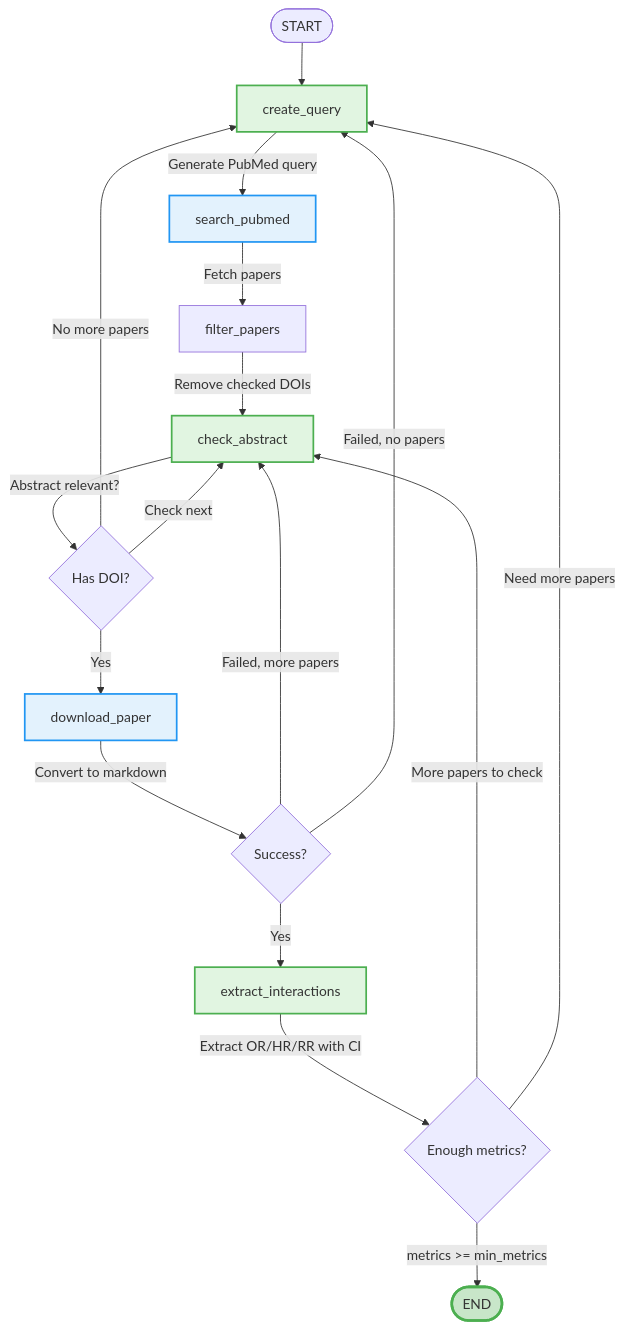
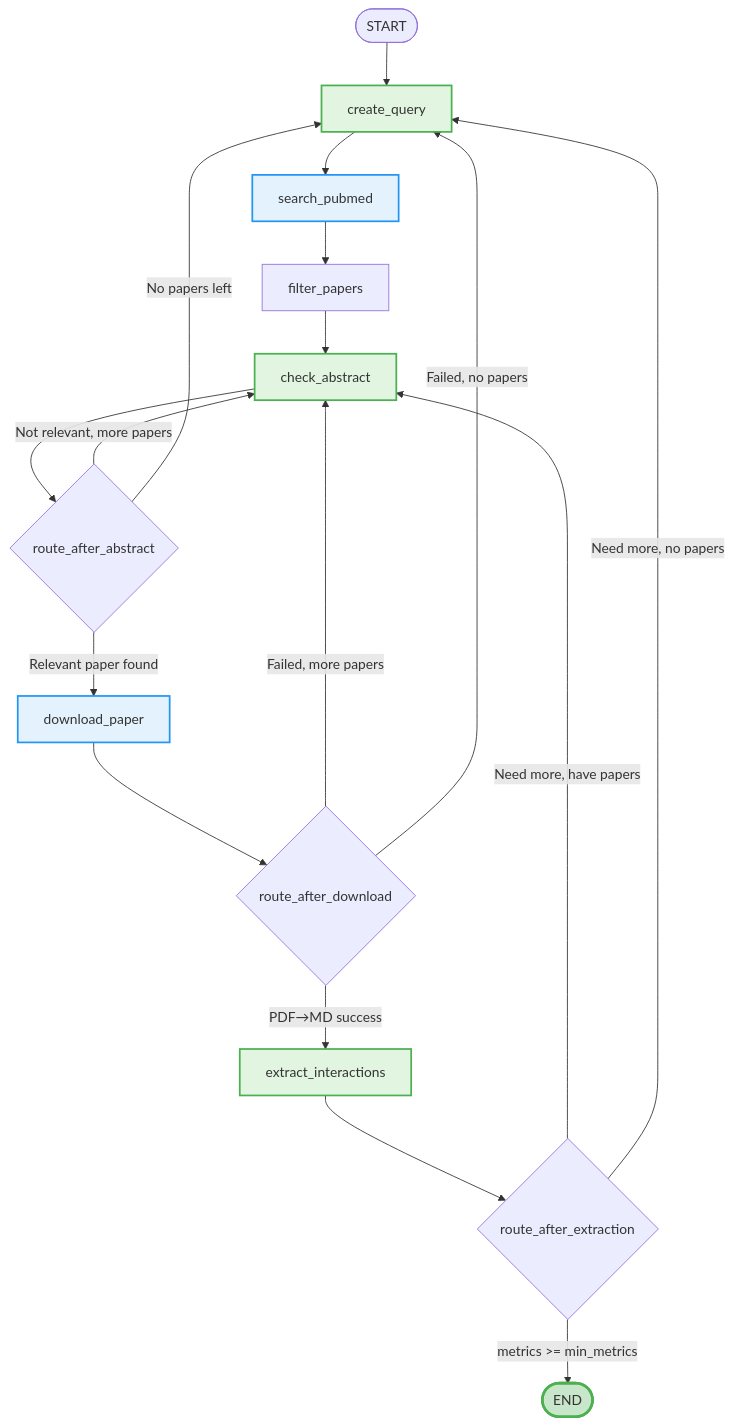
Before and after one commit to EliasSchlie/quantifying-the-value-of-delayed-ovarian-aging: the diagram in README.md, drawn with Mermaid. The commit also changed other lines of this file, not shown here.

Commit message:
improve agent visualization

````diff
--- a/README.md
+++ b/README.md
@@ -9,27 +9,27 @@
 ```mermaid
 flowchart TD
     START([START]) --> CQ[create_query]:::ai
-    CQ -->|Generate PubMed query| SP[search_pubmed]:::tool
-    SP -->|Fetch papers| FP[filter_papers]
-    FP -->|Remove checked DOIs| CA[check_abstract]:::ai
+    CQ --> SP[search_pubmed]:::tool
+    SP --> FP[filter_papers]
+    FP --> CA[check_abstract]:::ai
     
-    CA -->|Abstract relevant?| R1{Has DOI?}
-    R1 -->|Yes| DP[download_paper]:::tool
-    R1 -->|No more papers| CQ
-    R1 -->|Check next| CA
+    CA --> R1{route_after_abstract}
+    R1 -->|Relevant paper found| DP[download_paper]:::tool
+    R1 -->|Not relevant, more papers| CA
+    R1 -->|No papers left| CQ
     
-    DP -->|Convert to markdown| R2{Success?}
-    R2 -->|Yes| EI[extract_interactions]:::ai
+    DP --> R2{route_after_download}
+    R2 -->|PDF→MD success| EI[extract_interactions]:::ai
     R2 -->|Failed, more papers| CA
     R2 -->|Failed, no papers| CQ
     
-    EI -->|Extract OR/HR/RR with CI| R3{Enough metrics?}
-    R3 -->|metrics >= min_metrics| DONE([END]):::success
-    R3 -->|More papers to check| CA
-    R3 -->|Need more papers| CQ
+    EI --> R3{route_after_extraction}
+    R3 -->|metrics >= min_metrics| END([END]):::success
+    R3 -->|Need more, have papers| CA
+    R3 -->|Need more, no papers| CQ
     
     %% Styling
     classDef ai fill:#e1f5e1,stroke:#4caf50,stroke-width:2px
     classDef tool fill:#e3f2fd,stroke:#2196f3,stroke-width:2px
     classDef success fill:#c8e6c9,stroke:#4caf50,stroke-width:3px
 ```
````
